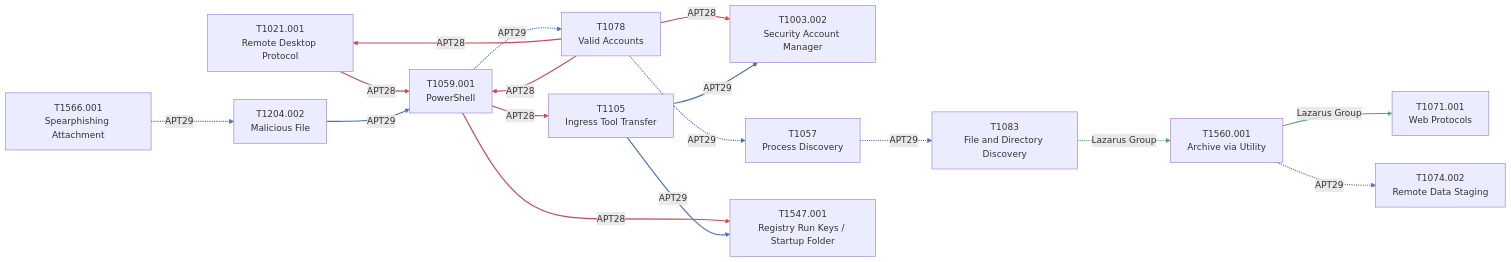
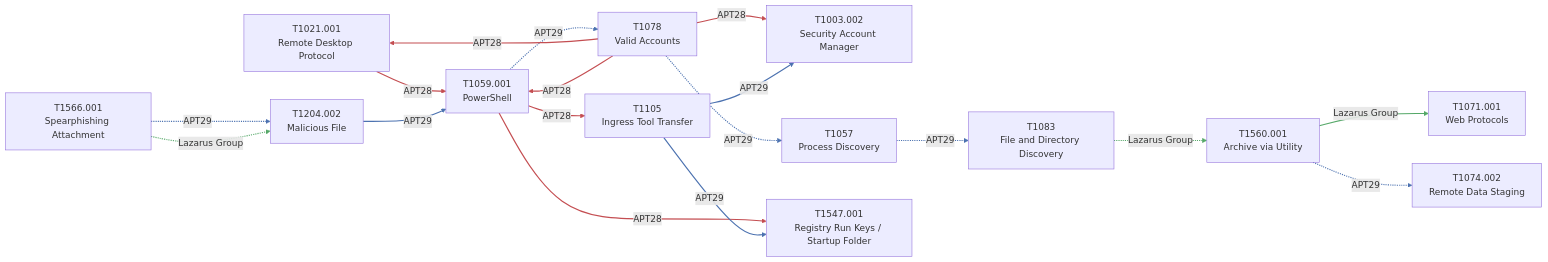
The second of 2 diagrams in README.md (HungryBrain-bot/attackKnowledgeGraph), drawn with Mermaid before and after one commit. The commit also changed other lines of this file and 9 other files, not shown here.

````diff
--- a/README.md
+++ b/README.md
@@ -137,48 +137,50 @@
 ```mermaid
 flowchart LR
     T_T1003_002["T1003.002<br/>Security Account Manager"]
     T_T1021_001["T1021.001<br/>Remote Desktop Protocol"]
     T_T1057["T1057<br/>Process Discovery"]
     T_T1059_001["T1059.001<br/>PowerShell"]
     T_T1071_001["T1071.001<br/>Web Protocols"]
     T_T1074_002["T1074.002<br/>Remote Data Staging"]
     T_T1078["T1078<br/>Valid Accounts"]
     T_T1083["T1083<br/>File and Directory Discovery"]
     T_T1105["T1105<br/>Ingress Tool Transfer"]
     T_T1204_002["T1204.002<br/>Malicious File"]
     T_T1547_001["T1547.001<br/>Registry Run Keys / Startup Folder"]
     T_T1560_001["T1560.001<br/>Archive via Utility"]
     T_T1566_001["T1566.001<br/>Spearphishing Attachment"]
     T_T1021_001 -->|"APT28"| T_T1059_001
     T_T1057 -.->|"APT29"| T_T1083
     T_T1059_001 -.->|"APT29"| T_T1078
     T_T1059_001 -->|"APT28"| T_T1105
     T_T1059_001 -->|"APT28"| T_T1547_001
     T_T1078 -->|"APT28"| T_T1003_002
     T_T1078 -->|"APT28"| T_T1021_001
     T_T1078 -.->|"APT29"| T_T1057
     T_T1078 -->|"APT28"| T_T1059_001
     T_T1083 -.->|"Lazarus Group"| T_T1560_001
     T_T1105 -->|"APT29"| T_T1003_002
     T_T1105 -->|"APT29"| T_T1547_001
     T_T1204_002 -->|"APT29"| T_T1059_001
     T_T1560_001 -->|"Lazarus Group"| T_T1071_001
     T_T1560_001 -.->|"APT29"| T_T1074_002
     T_T1566_001 -.->|"APT29"| T_T1204_002
+    T_T1566_001 -.->|"Lazarus Group"| T_T1204_002
     linkStyle 0 stroke:#C44E52,stroke-width:2px
     linkStyle 1 stroke:#4C72B0,stroke-width:2px
     linkStyle 2 stroke:#4C72B0,stroke-width:2px
     linkStyle 3 stroke:#C44E52,stroke-width:2px
     linkStyle 4 stroke:#C44E52,stroke-width:2px
     linkStyle 5 stroke:#C44E52,stroke-width:2px
     linkStyle 6 stroke:#C44E52,stroke-width:2px
     linkStyle 7 stroke:#4C72B0,stroke-width:2px
     linkStyle 8 stroke:#C44E52,stroke-width:2px
     linkStyle 9 stroke:#55A868,stroke-width:2px
     linkStyle 10 stroke:#4C72B0,stroke-width:2px
     linkStyle 11 stroke:#4C72B0,stroke-width:2px
     linkStyle 12 stroke:#4C72B0,stroke-width:2px
     linkStyle 13 stroke:#55A868,stroke-width:2px
     linkStyle 14 stroke:#4C72B0,stroke-width:2px
     linkStyle 15 stroke:#4C72B0,stroke-width:2px
+    linkStyle 16 stroke:#55A868,stroke-width:2px
 ```
````
